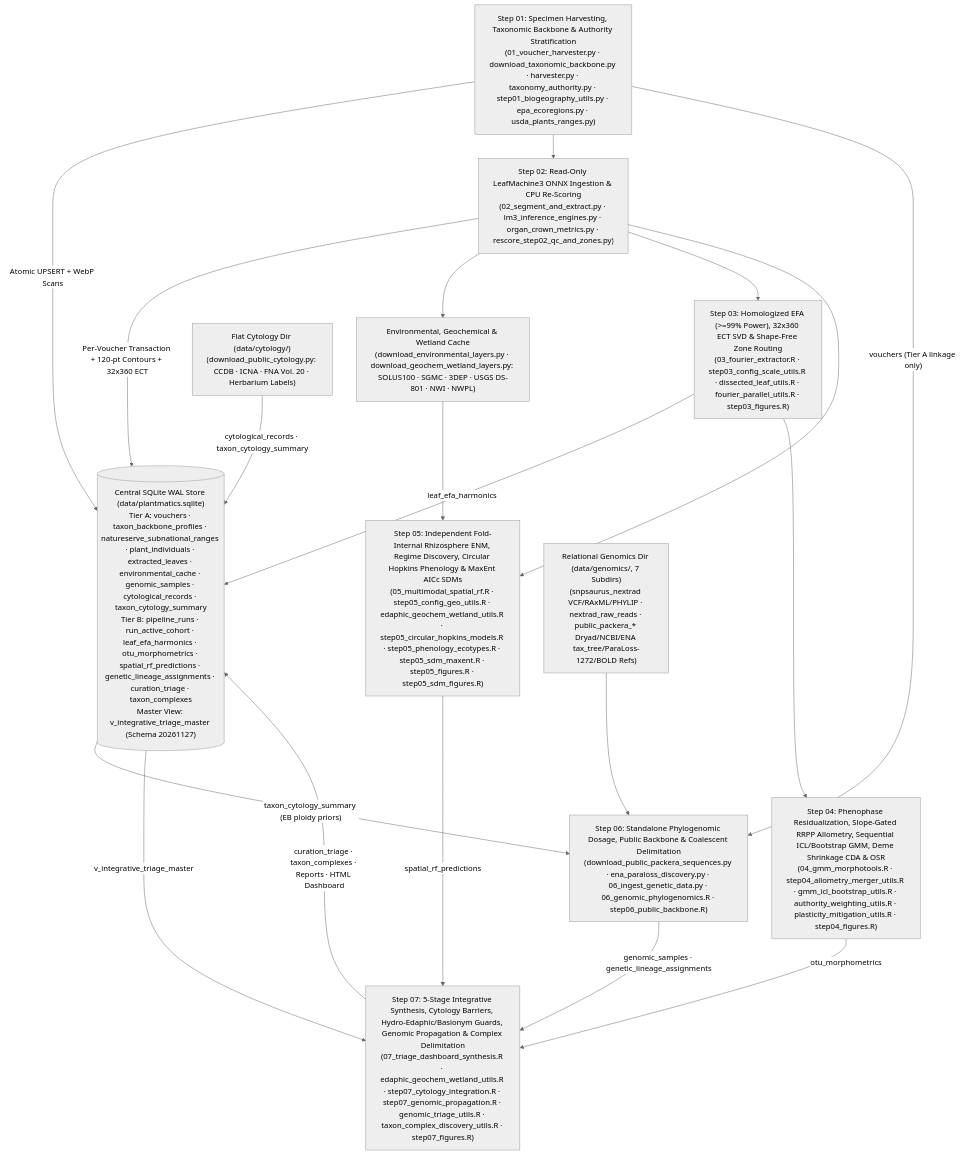
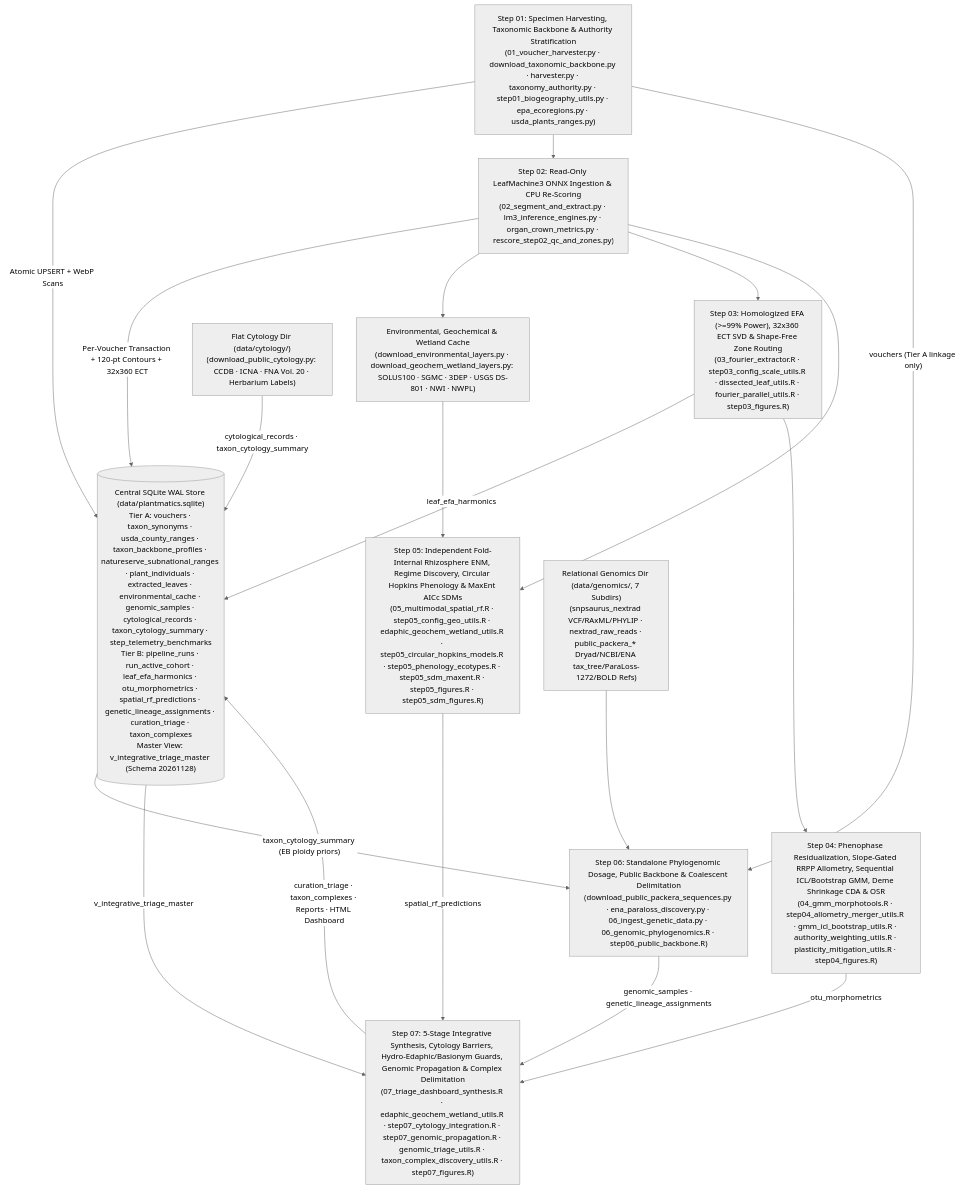
Before and after one commit to Plantatsrophe/Packera_dubia_morphometrics: the diagram in README.md, drawn with Mermaid (neutral theme). The commit also changed other lines of this file and 66 other files, not shown here.

Commit message:
refactor: add v15 progress telemetry, pixi support, and pipeline environment resolution

````diff
--- a/README.md
+++ b/README.md
@@ -31,23 +31,23 @@
 ```mermaid
 flowchart TD
-    DB[("Central SQLite WAL Store (data/plantmatics.sqlite)\nTier A: vouchers · taxon_backbone_profiles · natureserve_subnational_ranges · plant_individuals · extracted_leaves · environmental_cache · genomic_samples · cytological_records · taxon_cytology_summary\nTier B: pipeline_runs · run_active_cohort · leaf_efa_harmonics · otu_morphometrics · spatial_rf_predictions · genetic_lineage_assignments · curation_triage · taxon_complexes\nMaster View: v_integrative_triage_master (Schema 20261127)")]
+    DB[("Central SQLite WAL Store (data/plantmatics.sqlite)\nTier A: vouchers · taxon_synonyms · usda_county_ranges · taxon_backbone_profiles · natureserve_subnational_ranges · plant_individuals · extracted_leaves · environmental_cache · genomic_samples · cytological_records · taxon_cytology_summary · step_telemetry_benchmarks\nTier B: pipeline_runs · run_active_cohort · leaf_efa_harmonics · otu_morphometrics · spatial_rf_predictions · genetic_lineage_assignments · curation_triage · taxon_complexes\nMaster View: v_integrative_triage_master (Schema 20261128)")]
 
     S1["Step 01: Specimen Harvesting, Taxonomic Backbone & Authority Stratification\n(01_voucher_harvester.py · download_taxonomic_backbone.py · harvester.py · taxonomy_authority.py · step01_biogeography_utils.py · epa_ecoregions.py · usda_plants_ranges.py)"] -->|"Atomic UPSERT + WebP Scans"| DB
     S1 --> S2["Step 02: Read-Only LeafMachine3 ONNX Ingestion & CPU Re-Scoring\n(02_segment_and_extract.py · lm3_inference_engines.py · organ_crown_metrics.py · rescore_step02_qc_and_zones.py)"]
     S2 -->|"Per-Voucher Transaction + 120-pt Contours + 32x360 ECT"| DB
     S2 --> E0["Environmental, Geochemical & Wetland Cache\n(download_environmental_layers.py · download_geochem_wetland_layers.py: SOLUS100 · SGMC · 3DEP · USGS DS-801 · NWI · NWPL)"]
     S2 --> S3["Step 03: Homologized EFA (>=99% Power), 32x360 ECT SVD & Shape-Free Zone Routing\n(03_fourier_extractor.R · step03_config_scale_utils.R · dissected_leaf_utils.R · fourier_parallel_utils.R · step03_figures.R)"]
     S3 -->|"leaf_efa_harmonics"| DB
     S3 --> S4["Step 04: Phenophase Residualization, Slope-Gated RRPP Allometry, Sequential ICL/Bootstrap GMM, Deme Shrinkage CDA & OSR\n(04_gmm_morphotools.R · step04_allometry_merger_utils.R · gmm_icl_bootstrap_utils.R · authority_weighting_utils.R · plasticity_mitigation_utils.R · step04_figures.R)"]
     S4 -->|"otu_morphometrics"| S7
     S2 --> S5["Step 05: Independent Fold-Internal Rhizosphere ENM, Regime Discovery, Circular Hopkins Phenology & MaxEnt AICc SDMs\n(05_multimodal_spatial_rf.R · step05_config_geo_utils.R · edaphic_geochem_wetland_utils.R · step05_circular_hopkins_models.R · step05_phenology_ecotypes.R · step05_sdm_maxent.R · step05_figures.R · step05_sdm_figures.R)"]
     E0 --> S5
     S5 -->|"spatial_rf_predictions"| S7
     G0["Relational Genomics Dir (data/genomics/, 7 Subdirs)\n(snpsaurus_nextrad VCF/RAxML/PHYLIP · nextrad_raw_reads · public_packera_* Dryad/NCBI/ENA tax_tree/ParaLoss-1272/BOLD Refs)"] --> S6["Step 06: Standalone Phylogenomic Dosage, Public Backbone & Coalescent Delimitation\n(download_public_packera_sequences.py · ena_paraloss_discovery.py · 06_ingest_genetic_data.py · 06_genomic_phylogenomics.R · step06_public_backbone.R)"]
     S1 -->|"vouchers (Tier A linkage only)"| S6
     S6 -->|"genomic_samples · genetic_lineage_assignments"| S7
     C0["Flat Cytology Dir (data/cytology/)\n(download_public_cytology.py: CCDB · ICNA · FNA Vol. 20 · Herbarium Labels)"] -->|"cytological_records · taxon_cytology_summary"| DB
     DB -->|"taxon_cytology_summary (EB ploidy priors)"| S6
     DB -->|"v_integrative_triage_master"| S7["Step 07: 5-Stage Integrative Synthesis, Cytology Barriers, Hydro-Edaphic/Basionym Guards, Genomic Propagation & Complex Delimitation\n(07_triage_dashboard_synthesis.R · edaphic_geochem_wetland_utils.R · step07_cytology_integration.R · step07_genomic_propagation.R · genomic_triage_utils.R · taxon_complex_discovery_utils.R · step07_figures.R)"]
     S7 -->|"curation_triage · taxon_complexes · Reports · HTML Dashboard"| DB
 ```
````
